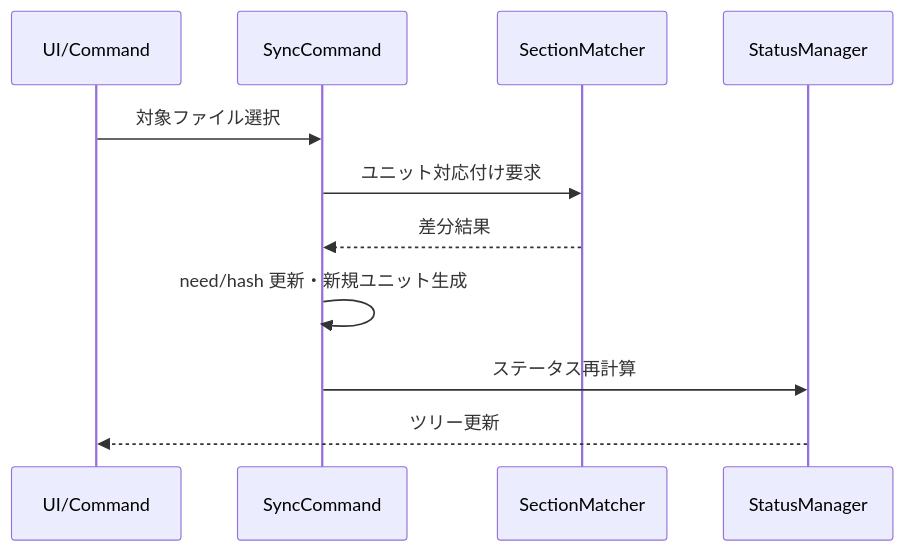
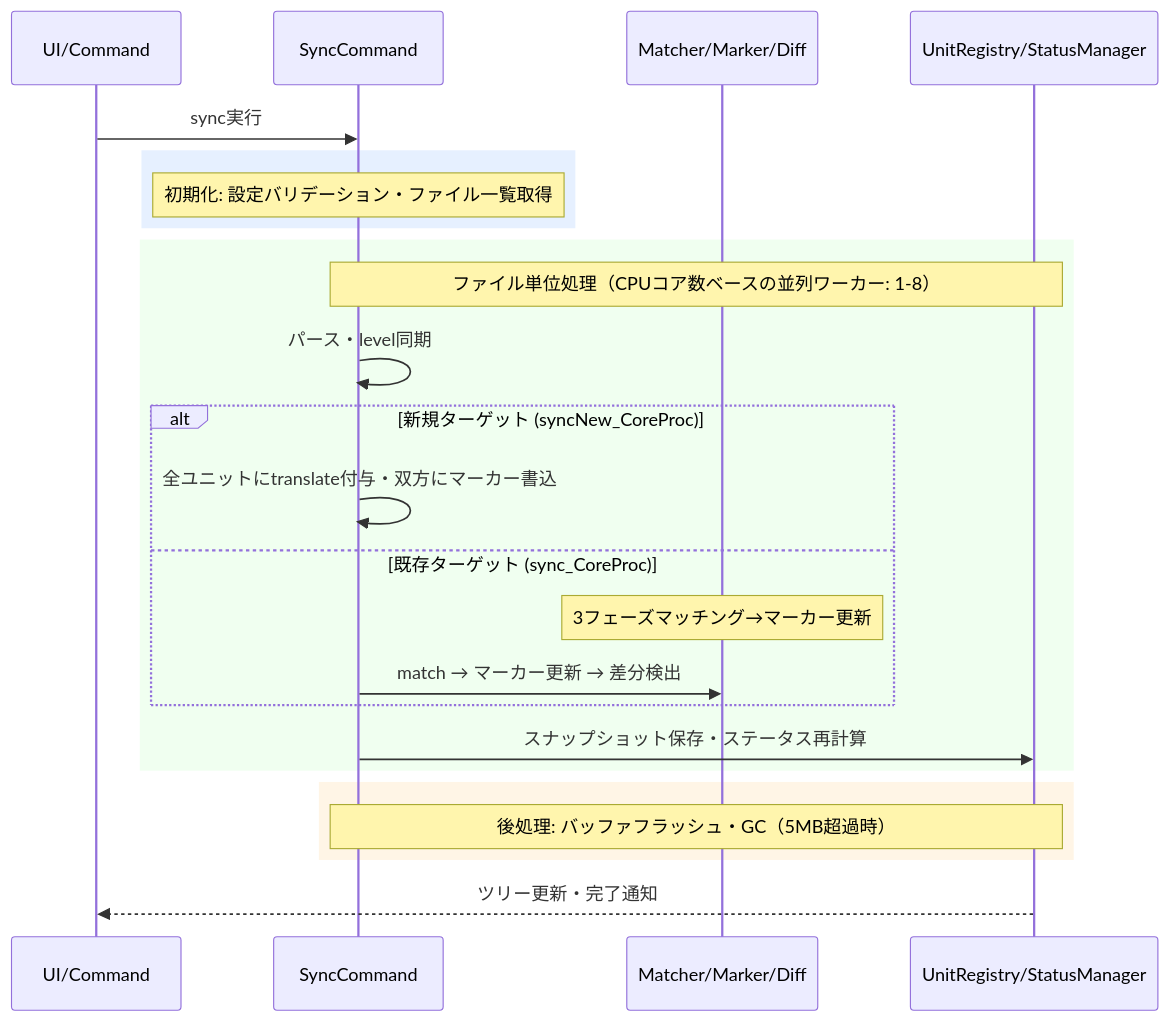
The diagram in docs/command_sync.md (mochimochiki/mdait), drawn with Mermaid before and after one commit. The commit also changed other lines of this file and 13 other files, not shown here.

````diff
--- a/docs/command_sync.md
+++ b/docs/command_sync.md
@@ -32,14 +76,31 @@
 ```mermaid
 sequenceDiagram
-	participant UX as UI/Command
-	participant Cmd as SyncCommand
-	participant Core as SectionMatcher
-	participant Status as StatusManager
+    participant User as UI/Command
+    participant Sync as SyncCommand
+    participant Core as Matcher/Marker/Diff
+    participant Store as UnitRegistry/StatusManager
 
-	UX->>Cmd: 対象ファイル選択
-	Cmd->>Core: ユニット対応付け要求
-	Core-->>Cmd: 差分結果
-	Cmd->>Cmd: need/hash 更新・新規ユニット生成
-	Cmd->>Status: ステータス再計算
-	Status-->>UX: ツリー更新
+    User->>Sync: sync実行
+
+    rect rgb(230, 240, 255)
+        Note over Sync: 初期化: 設定バリデーション・ファイル一覧取得
+    end
+
+    rect rgb(240, 255, 240)
+        Note over Sync,Store: ファイル単位処理（CPUコア数ベースの並列ワーカー: 1-8）
+        Sync->>Sync: パース・level同期
+        alt 新規ターゲット (syncNew_CoreProc)
+            Sync->>Sync: 全ユニットにtranslate付与・双方にマーカー書込
+        else 既存ターゲット (sync_CoreProc)
+            Note over Core: 3フェーズマッチング→マーカー更新
+            Sync->>Core: match → マーカー更新 → 差分検出
+        end
+        Sync->>Store: スナップショット保存・ステータス再計算
+    end
+
+    rect rgb(255, 245, 230)
+        Note over Sync,Store: 後処理: バッファフラッシュ・GC（5MB超過時）
+    end
+
+    Store-->>User: ツリー更新・完了通知
 ```
````
